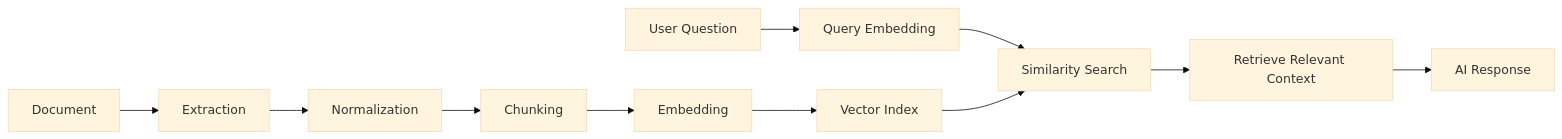
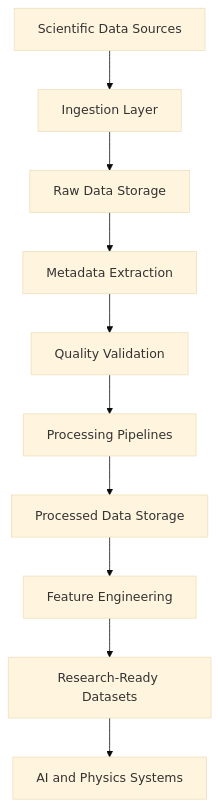
The tenth of 13 diagrams in README.md (lucylow/woohoo-wonder-labs), drawn with Mermaid (base theme) before and after one commit. The commit also changed other lines of this file, not shown here.

````diff
--- a/README.md
+++ b/README.md
@@ -1277,15 +1774,12 @@
 ```mermaid
-flowchart LR
-
-    A["Document"] --> B["Extraction"]
-    B --> C["Normalization"]
-    C --> D["Chunking"]
-    D --> E["Embedding"]
-    E --> F["Vector Index"]
-
-    G["User Question"] --> H["Query Embedding"]
-    H --> I["Similarity Search"]
-    F --> I
-    I --> J["Retrieve Relevant Context"]
-    J --> K["AI Response"]
+flowchart TD
+    A[Scientific Data Sources] --> B[Ingestion Layer]
+    B --> C[Raw Data Storage]
+    C --> D[Metadata Extraction]
+    D --> E[Quality Validation]
+    E --> F[Processing Pipelines]
+    F --> G[Processed Data Storage]
+    G --> H[Feature Engineering]
+    H --> I[Research-Ready Datasets]
+    I --> J[AI and Physics Systems]
 ```
````
